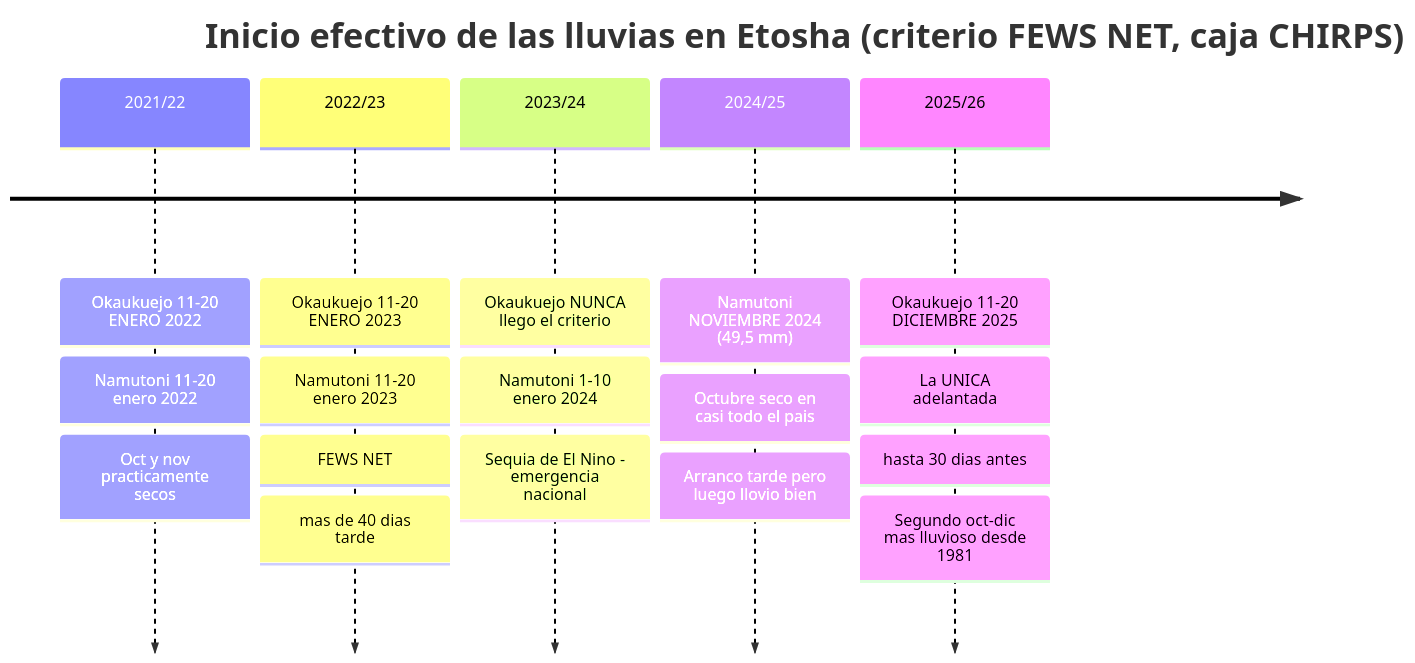
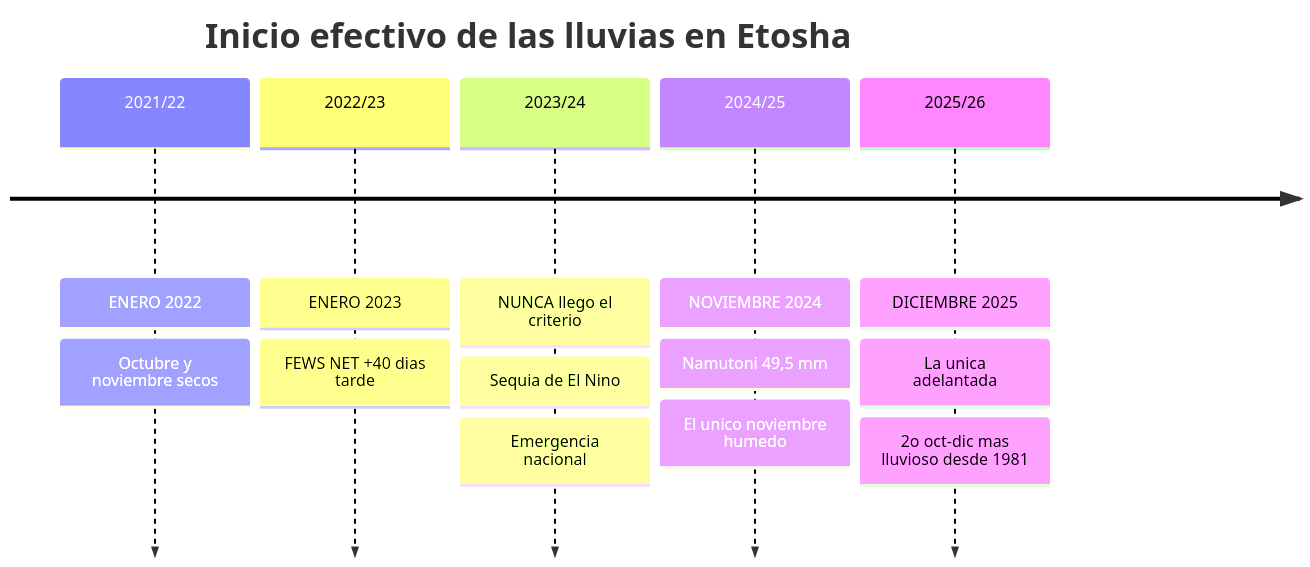
The fourth of 10 diagrams in README.md (morandeirachema/namibia), drawn with Mermaid before and after one commit. The commit also changed other lines of this file, not shown here.

````diff
--- a/README.md
+++ b/README.md
@@ -92,19 +99,17 @@
 ```mermaid
 timeline
-    title Inicio efectivo de las lluvias en Etosha (criterio FEWS NET, caja CHIRPS)
-    2021/22 : Okaukuejo 11-20 ENERO 2022
-            : Namutoni 11-20 enero 2022
-            : Oct y nov practicamente secos
-    2022/23 : Okaukuejo 11-20 ENERO 2023
-            : Namutoni 11-20 enero 2023
-            : FEWS NET: mas de 40 dias tarde
-    2023/24 : Okaukuejo NUNCA llego el criterio
-            : Namutoni 1-10 enero 2024
-            : Sequia de El Nino - emergencia nacional
-    2024/25 : Namutoni NOVIEMBRE 2024 (49,5 mm)
-            : Octubre seco en casi todo el pais
-            : Arranco tarde pero luego llovio bien
-    2025/26 : Okaukuejo 11-20 DICIEMBRE 2025
-            : La UNICA adelantada: hasta 30 dias antes
-            : Segundo oct-dic mas lluvioso desde 1981
+    title Inicio efectivo de las lluvias en Etosha
+    2021/22 : ENERO 2022
+            : Octubre y noviembre secos
+    2022/23 : ENERO 2023
+            : FEWS NET +40 dias tarde
+    2023/24 : NUNCA llego el criterio
+            : Sequia de El Nino
+            : Emergencia nacional
+    2024/25 : NOVIEMBRE 2024
+            : Namutoni 49,5 mm
+            : El unico noviembre humedo
+    2025/26 : DICIEMBRE 2025
+            : La unica adelantada
+            : 2o oct-dic mas lluvioso desde 1981
 ```
````
